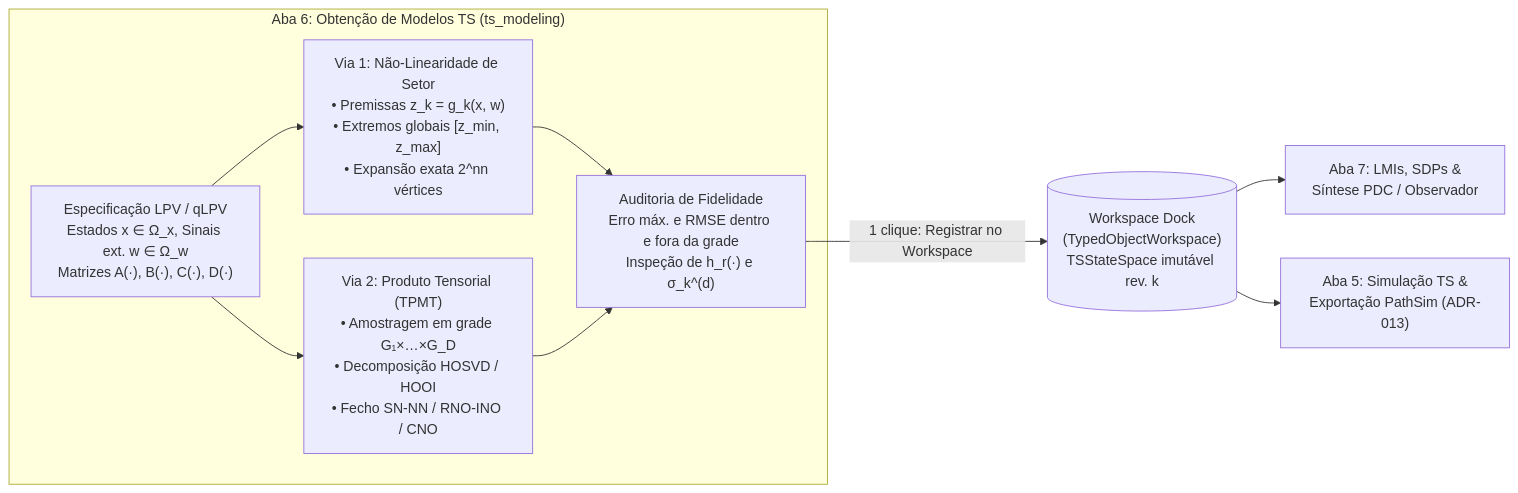
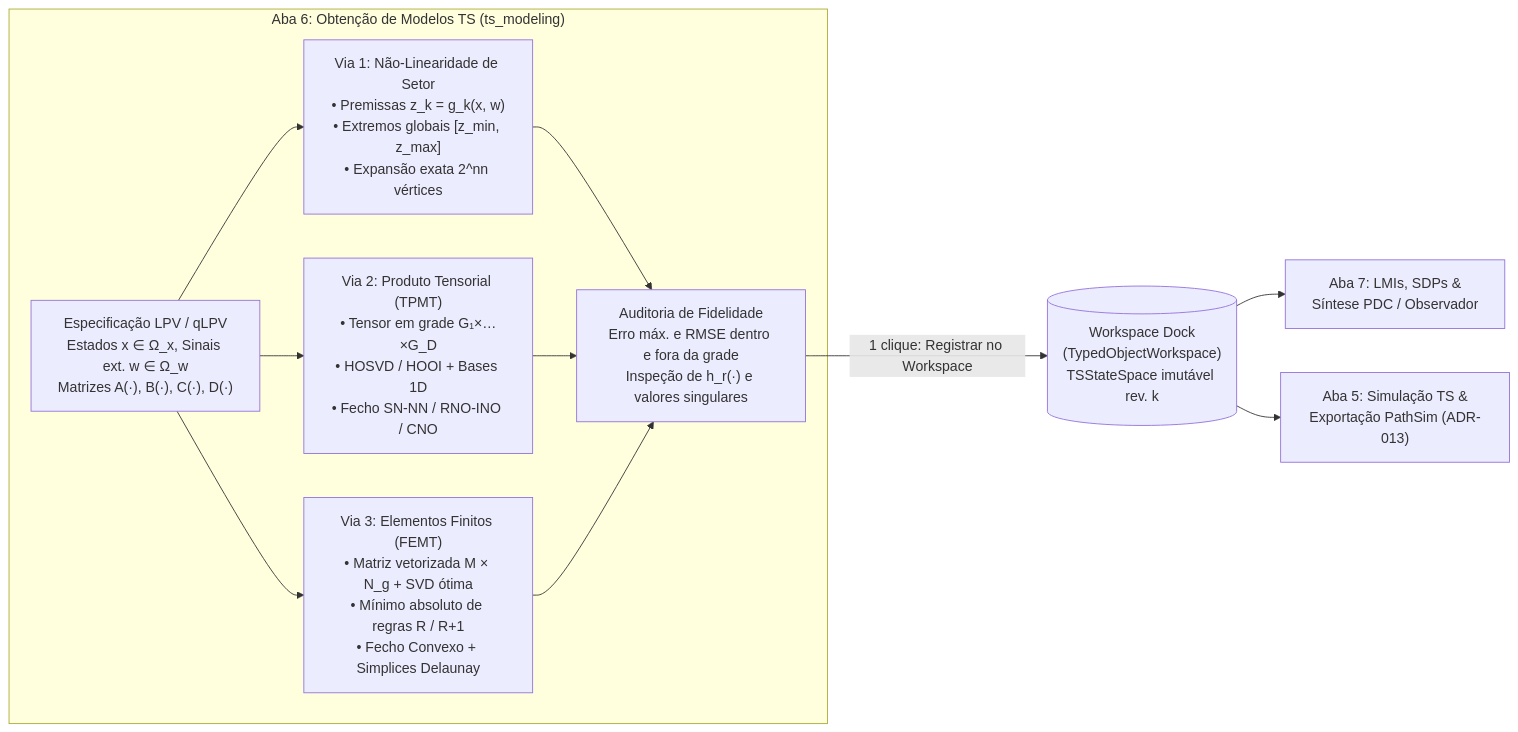
One commit to kozttah/ControlLab_Web changed the diagram in docs/architecture/ControlLab_Web_Modelagem_TS_qLPV_Diretor_v1.0.md. Above: the diagram before and after it, drawn with Mermaid. The commit also changed other lines of this file and 1 other file, not shown here.

Commit message:
docs(architecture): evolui CL-TS-MOD-DIR-001 para v1.1.0 com Via 3 (FEMT) e registra WP-TSMOD-02B

````diff
--- a/docs/architecture/ControlLab_Web_Modelagem_TS_qLPV_Diretor_v1.0.md
+++ b/docs/architecture/ControlLab_Web_Modelagem_TS_qLPV_Diretor_v1.0.md
@@ -38,19 +42,21 @@
 ```mermaid
 flowchart LR
     subgraph Tab6["Aba 6: Obtenção de Modelos TS (ts_modeling)"]
         QLPV["Especificação LPV / qLPV\nEstados x ∈ Ω_x, Sinais ext. w ∈ Ω_w\nMatrizes A(·), B(·), C(·), D(·)"]
         V1["Via 1: Não-Linearidade de Setor\n• Premissas z_k = g_k(x, w)\n• Extremos globais [z_min, z_max]\n• Expansão exata 2^nn vértices"]
-        V2["Via 2: Produto Tensorial (TPMT)\n• Amostragem em grade G₁×…×G_D\n• Decomposição HOSVD / HOOI\n• Fecho SN-NN / RNO-INO / CNO"]
-        CERT["Auditoria de Fidelidade\nErro máx. e RMSE dentro e fora da grade\nInspeção de h_r(·) e σ_k^(d)"]
+        V2["Via 2: Produto Tensorial (TPMT)\n• Tensor em grade G₁×…×G_D\n• HOSVD / HOOI + Bases 1D\n• Fecho SN-NN / RNO-INO / CNO"]
+        V3["Via 3: Elementos Finitos (FEMT)\n• Matriz vetorizada M × N_g + SVD ótima\n• Mínimo absoluto de regras R / R+1\n• Fecho Convexo + Simplices Delaunay"]
+        CERT["Auditoria de Fidelidade\nErro máx. e RMSE dentro e fora da grade\nInspeção de h_r(·) e valores singulares"]
         QLPV --> V1 --> CERT
         QLPV --> V2 --> CERT
+        QLPV --> V3 --> CERT
     end
 
     DOCK[("Workspace Dock\n(TypedObjectWorkspace)\nTSStateSpace imutável rev. k")]
     TAB5["Aba 5: Simulação TS &\nExportação PathSim (ADR-013)"]
     TAB7["Aba 7: LMIs, SDPs &\nSíntese PDC / Observador"]
 
     CERT -- "1 clique: Registrar no Workspace" --> DOCK
     DOCK --> TAB7
     DOCK --> TAB5
 ```
````
